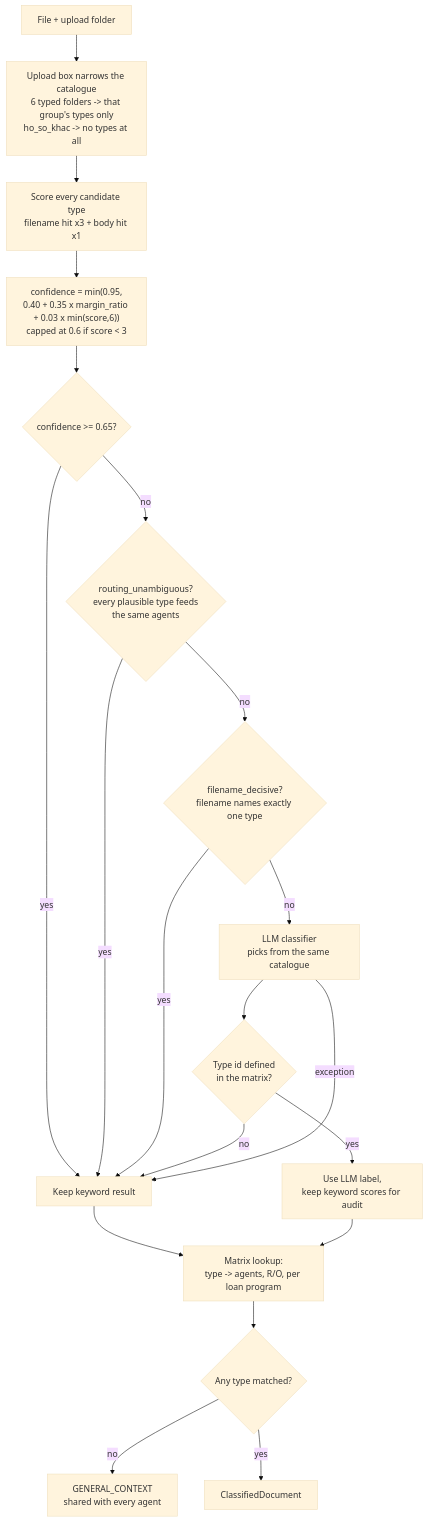
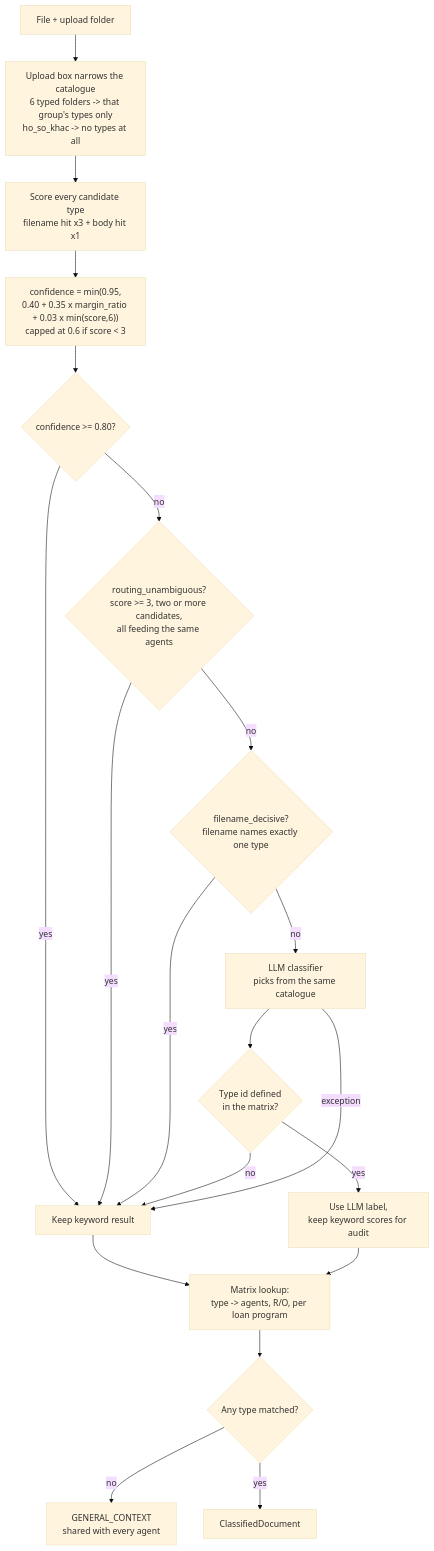
Before and after one commit to hodongtu/SME-creditmemo-multi-agent: the sixth of 11 diagrams in docs/technical-solution.md, drawn with Mermaid (base theme). The commit also changed 4 other files, not shown here.

````diff
--- a/docs/technical-solution.md
+++ b/docs/technical-solution.md
@@ -441,22 +441,22 @@
 ```mermaid
 flowchart TD
     A["File + upload folder"] --> B["Upload box narrows the catalogue<br/>6 typed folders -> that group's types only<br/>ho_so_khac -> no types at all"]
     B --> C["Score every candidate type<br/>filename hit x3 + body hit x1"]
     C --> D["confidence = min(0.95,<br/>0.40 + 0.35 x margin_ratio + 0.03 x min(score,6))<br/>capped at 0.6 if score &lt; 3"]
-    D --> E{"confidence >= 0.65?"}
+    D --> E{"confidence >= 0.80?"}
     E -->|yes| K["Keep keyword result"]
-    E -->|no| F{"routing_unambiguous?<br/>every plausible type feeds<br/>the same agents"}
+    E -->|no| F{"routing_unambiguous?<br/>score >= 3, two or more candidates,<br/>all feeding the same agents"}
     F -->|yes| K
     F -->|no| G{"filename_decisive?<br/>filename names exactly one type"}
     G -->|yes| K
     G -->|no| H["LLM classifier<br/>picks from the same catalogue"]
     H --> I{"Type id defined<br/>in the matrix?"}
     I -->|no| K
     I -->|yes| J["Use LLM label,<br/>keep keyword scores for audit"]
     H -->|exception| K
     K --> L["Matrix lookup:<br/>type -> agents, R/O, per loan program"]
     J --> L
     L --> M{"Any type matched?"}
     M -->|no| N["GENERAL_CONTEXT<br/>shared with every agent"]
     M -->|yes| O["ClassifiedDocument"]
 ```
````
